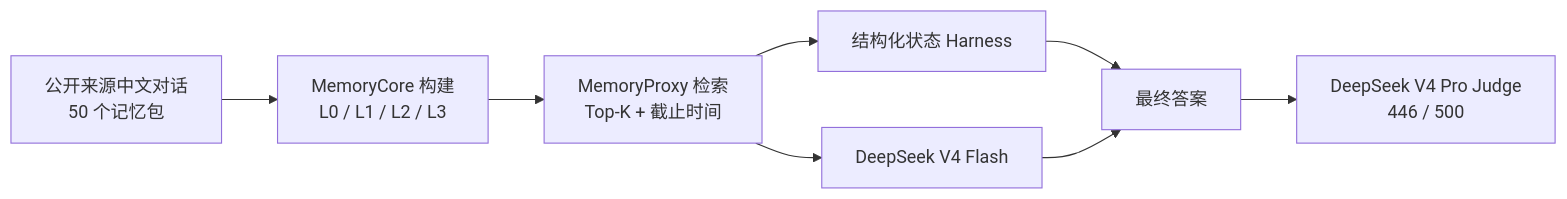
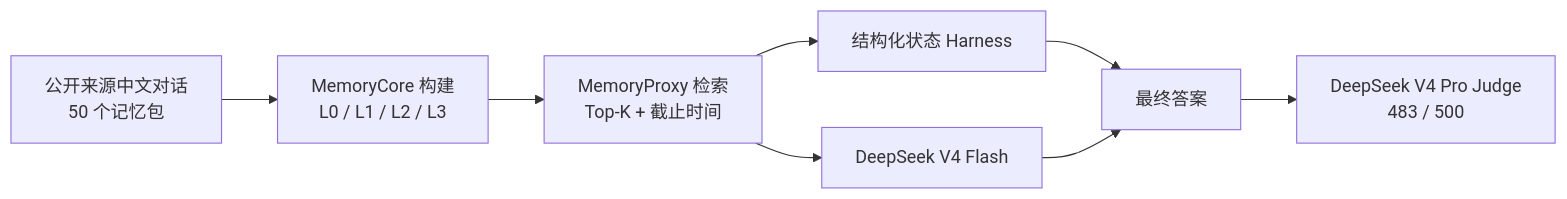
Before and after one commit to dckfd/cabin-memory: the diagram in README.md, drawn with Mermaid. The commit also changed other lines of this file and 29 other files, not shown here.

````diff
--- a/README.md
+++ b/README.md
@@ -38,10 +40,10 @@
 ```mermaid
 flowchart LR
     A[公开来源中文对话\n50 个记忆包] --> B[MemoryCore 构建\nL0 / L1 / L2 / L3]
     B --> C[MemoryProxy 检索\nTop-K + 截止时间]
     C --> D[结构化状态 Harness]
     C --> E[DeepSeek V4 Flash]
     D --> F[最终答案]
     E --> F
-    F --> G[DeepSeek V4 Pro Judge\n446 / 500]
+    F --> G[DeepSeek V4 Pro Judge\n483 / 500]
 ```
````
